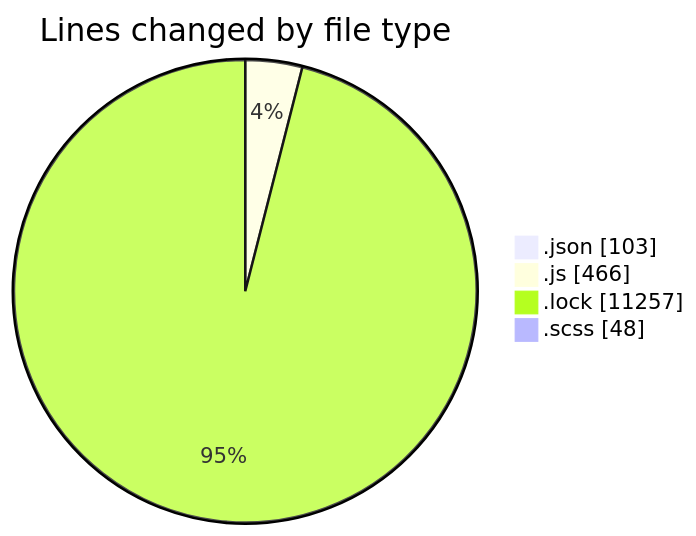
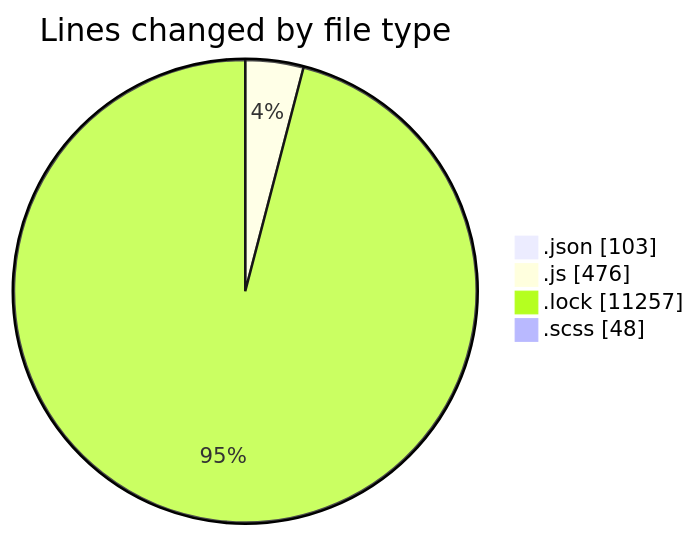
Before and after one commit to momahboobian/code-tracking: the first of 2 diagrams in 2026-01-06/cda/README.md, drawn with Mermaid. The commit also changed other lines of this file and 1 other file, not shown here.

````diff
--- a/2026-01-06/cda/README.md
+++ b/2026-01-06/cda/README.md
@@ -27,8 +27,8 @@
 ```mermaid
 pie showData
 title Lines changed by file type
 ".json" : 103
-".js" : 466
+".js" : 476
 ".lock" : 11257
 ".scss" : 48
 ```
````
